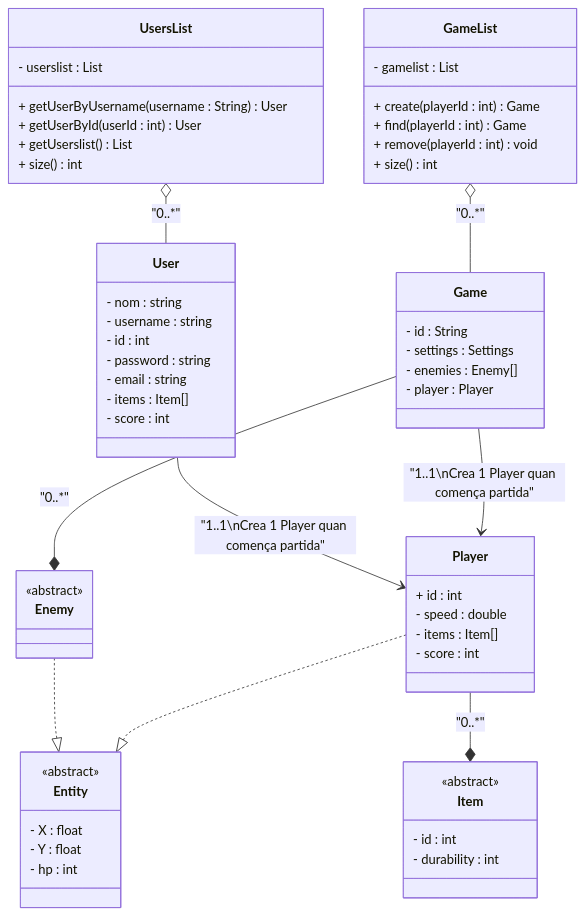
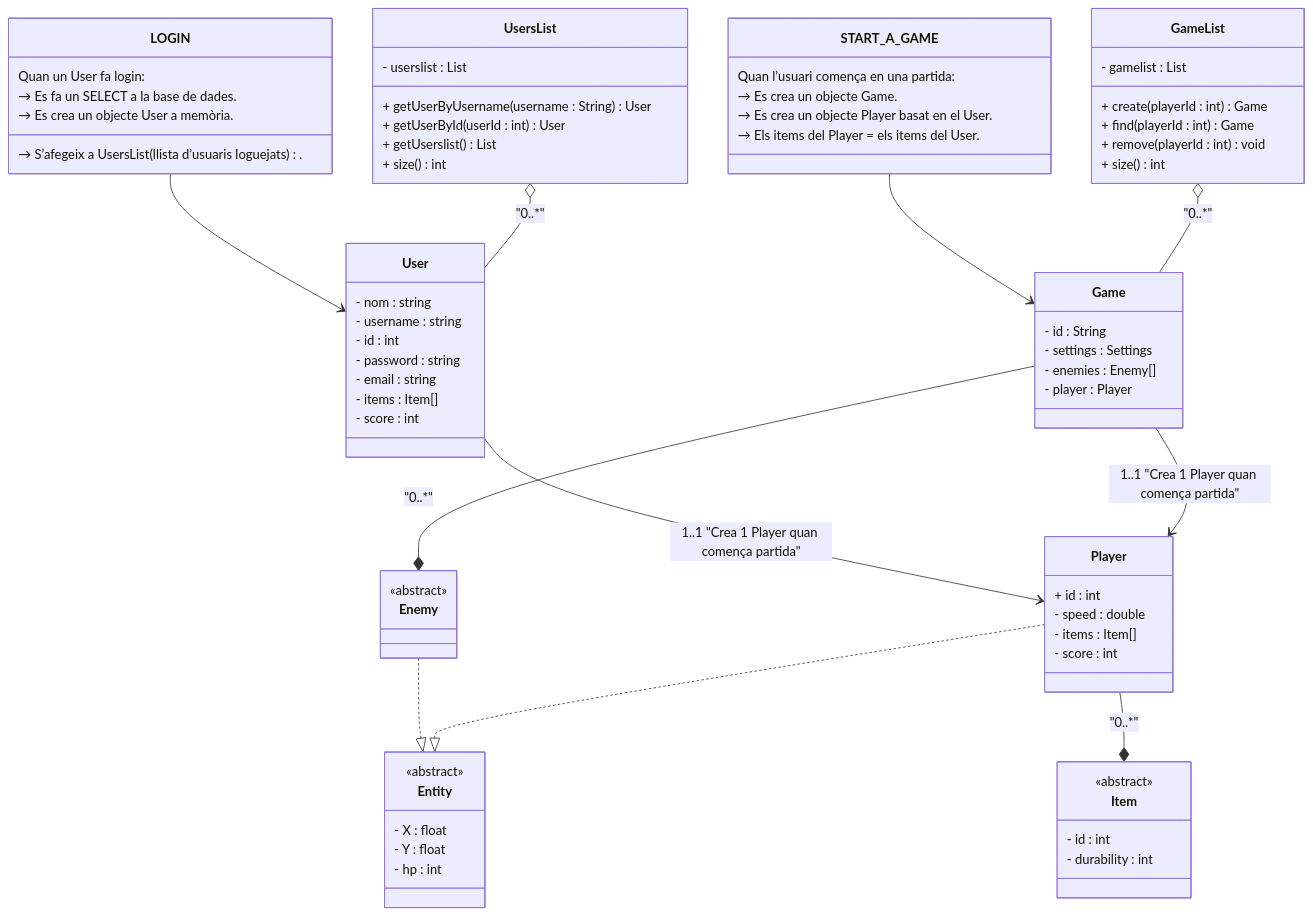
The diagram in README.md (RogerMacia/Projecte-DSA-Backend), drawn with Mermaid before and after one commit.

Commit message:
Revise UML and add game start/login class descriptions
Updated UML diagrams and added game start and login classes.

````diff
--- a/README.md
+++ b/README.md
@@ -72,7 +72,7 @@
     - player : Player
 }
 
-Game --> Player : "1..1\nCrea 1 Player quan comença partida"
+Game --> Player : 1..1 "Crea 1 Player quan comença partida"
 Game --* Enemy : "0..*"
 
 
@@ -101,7 +101,7 @@
     - score : int
 }
 
-User --> Player : "1..1\nCrea 1 Player quan comença partida"
+User --> Player : 1..1 "Crea 1 Player quan comença partida"
 
 
 %% ============================================================
@@ -130,4 +130,26 @@
 }
 
 GameList o-- Game : "0..*"
+
+%% ============================================================
+%%                    START_A_GAME
+%% ============================================================
+class START_A_GAME{
+	Quan l’usuari comença en una partida:
+	  → Es crea un objecte Game.
+      → Es crea un objecte Player basat en el User.
+      → Els items del Player = els items del User.
+}
+START_A_GAME --> Game
+
+%% ============================================================
+%%                    LOGIN
+%% ============================================================
+class LOGIN {
+Quan un User fa login:
+    → Es fa un SELECT a la base de dades.
+    → Es crea un objecte User a memòria.
+    → S’afegeix a UsersList (llista d’usuaris loguejats).
+}
+LOGIN --> User
 ```
````
